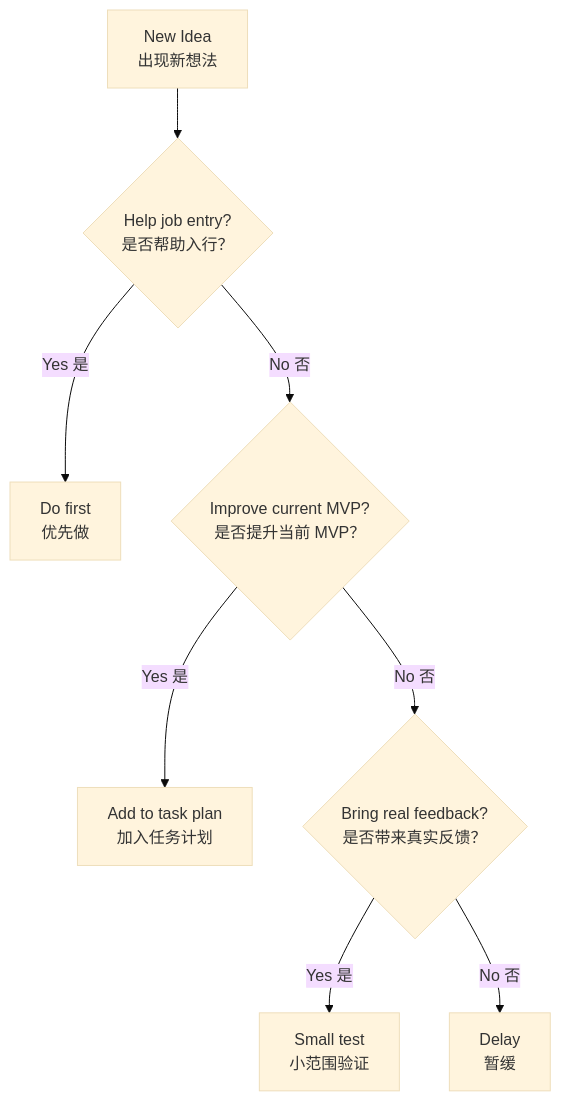
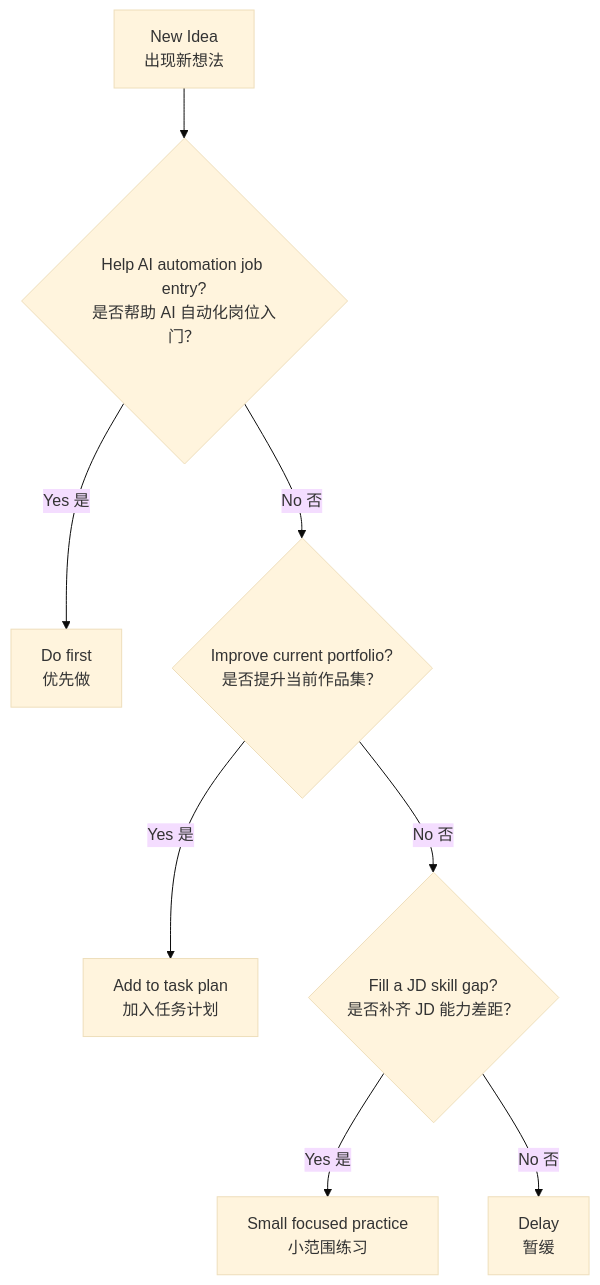
Before and after one commit to sai5585wo/work-plan: the second of 2 diagrams in README.md, drawn with Mermaid (base theme). The commit also changed other lines of this file and 6 other files, not shown here.

````diff
--- a/README.md
+++ b/README.md
@@ -113,10 +130,10 @@
 ```mermaid
 flowchart TD
-    A["New Idea<br/>出现新想法"] --> B{"Help job entry?<br/>是否帮助入行？"}
+    A["New Idea<br/>出现新想法"] --> B{"Help AI automation job entry?<br/>是否帮助 AI 自动化岗位入门？"}
     B -- "Yes 是" --> C["Do first<br/>优先做"]
-    B -- "No 否" --> D{"Improve current MVP?<br/>是否提升当前 MVP？"}
+    B -- "No 否" --> D{"Improve current portfolio?<br/>是否提升当前作品集？"}
     D -- "Yes 是" --> E["Add to task plan<br/>加入任务计划"]
-    D -- "No 否" --> F{"Bring real feedback?<br/>是否带来真实反馈？"}
-    F -- "Yes 是" --> G["Small test<br/>小范围验证"]
+    D -- "No 否" --> F{"Fill a JD skill gap?<br/>是否补齐 JD 能力差距？"}
+    F -- "Yes 是" --> G["Small focused practice<br/>小范围练习"]
     F -- "No 否" --> H["Delay<br/>暂缓"]
 ```
````
